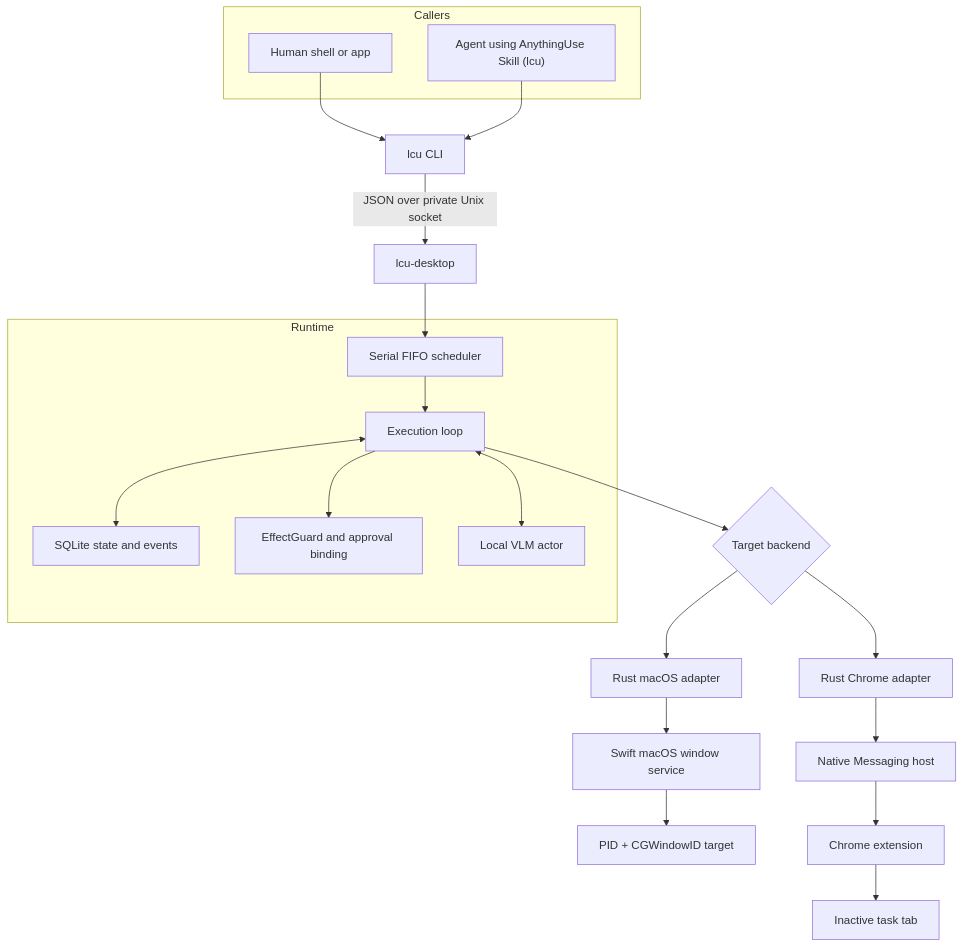
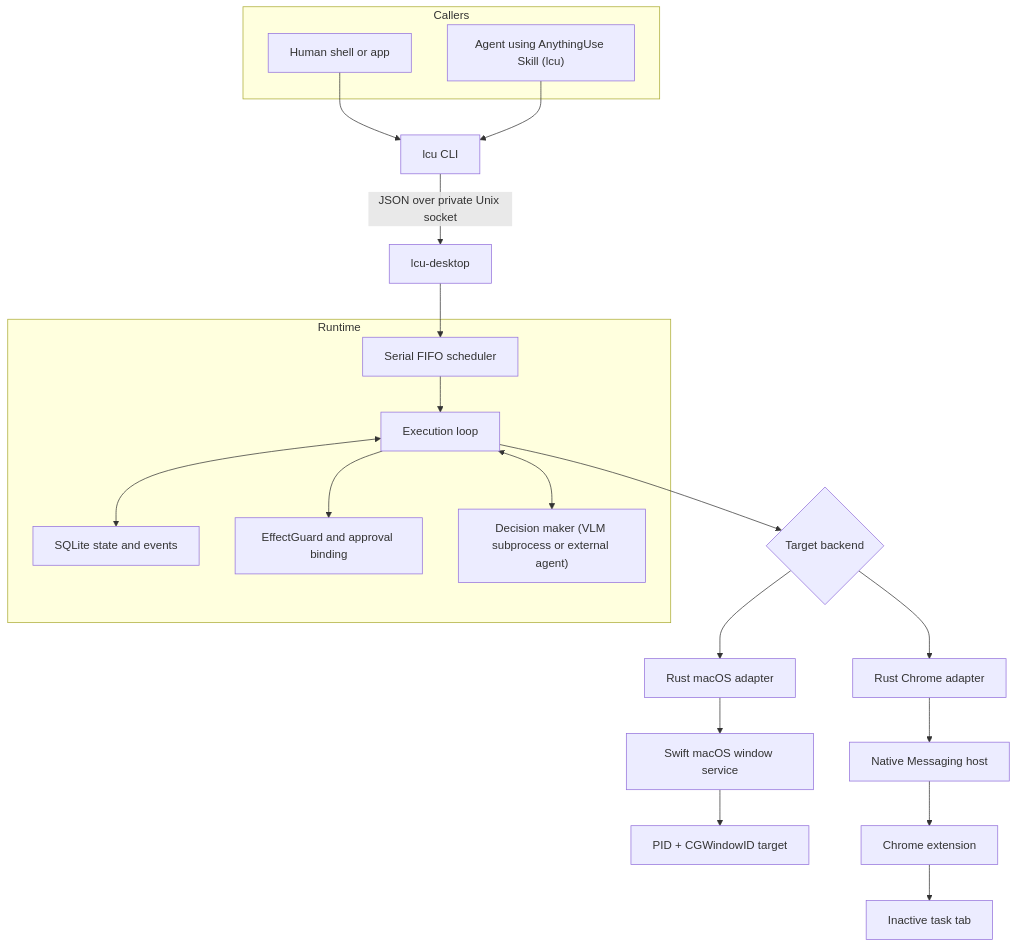
Before and after one commit to HelloiOS2014/AnythingUse: the first of 2 diagrams in docs/architecture.md, drawn with Mermaid. The commit also changed other lines of this file and 4 other files, not shown here.

First line of the commit message:
feat: lcu decide/act CLI + agent decision docs

````diff
--- a/docs/architecture.md
+++ b/docs/architecture.md
@@ -20,37 +20,37 @@
 ```mermaid
 flowchart TB
     subgraph Callers
         HUMAN["Human shell or app"]
         AGENT["Agent using AnythingUse Skill (lcu)"]
     end
 
     HUMAN --> CLI
     AGENT --> CLI
 
     CLI["lcu CLI"] -->|JSON over private Unix socket| DESKTOP["lcu-desktop"]
     DESKTOP --> QUEUE["Serial FIFO scheduler"]
     QUEUE --> LOOP["Execution loop"]
 
     subgraph Runtime
         QUEUE
         LOOP
         STORE["SQLite state and events"]
         RISK["EffectGuard and approval binding"]
-        MODEL["Local VLM actor"]
+        MODEL["Decision maker (VLM subprocess or external agent)"]
     end
 
     LOOP <--> STORE
     LOOP --> RISK
     LOOP <--> MODEL
 
     LOOP --> BACKEND{"Target backend"}
     BACKEND --> MAC["Rust macOS adapter"]
     BACKEND --> CHROME["Rust Chrome adapter"]
 
     MAC --> SWIFT["Swift macOS window service"]
     SWIFT --> WINDOW["PID + CGWindowID target"]
 
     CHROME --> HOST["Native Messaging host"]
     HOST --> EXT["Chrome extension"]
     EXT --> TAB["Inactive task tab"]
 ```
````
